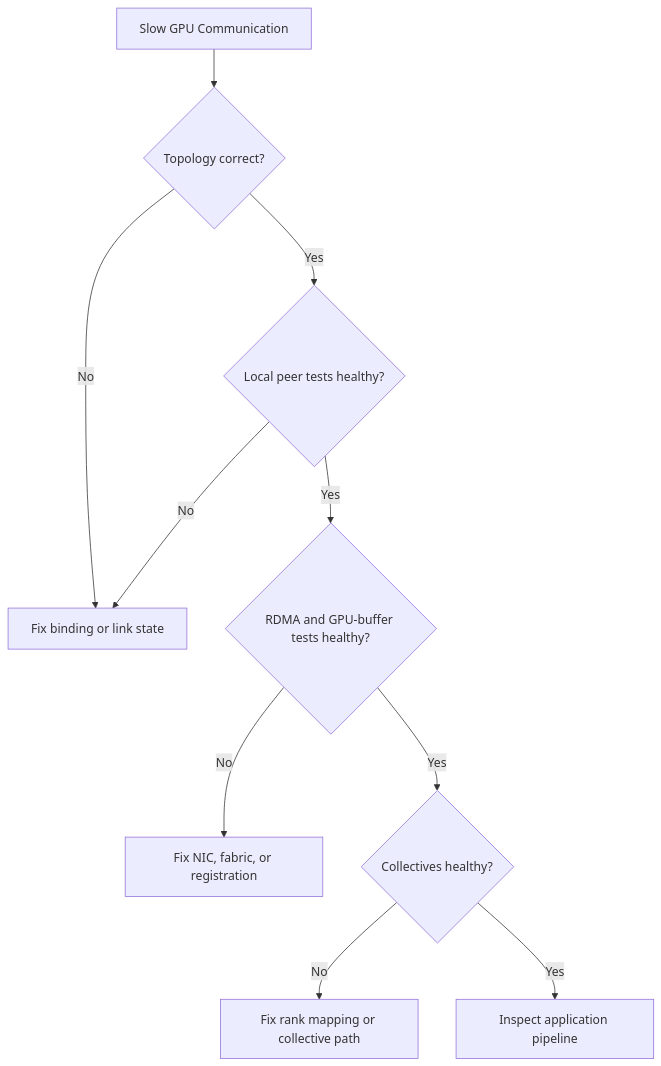
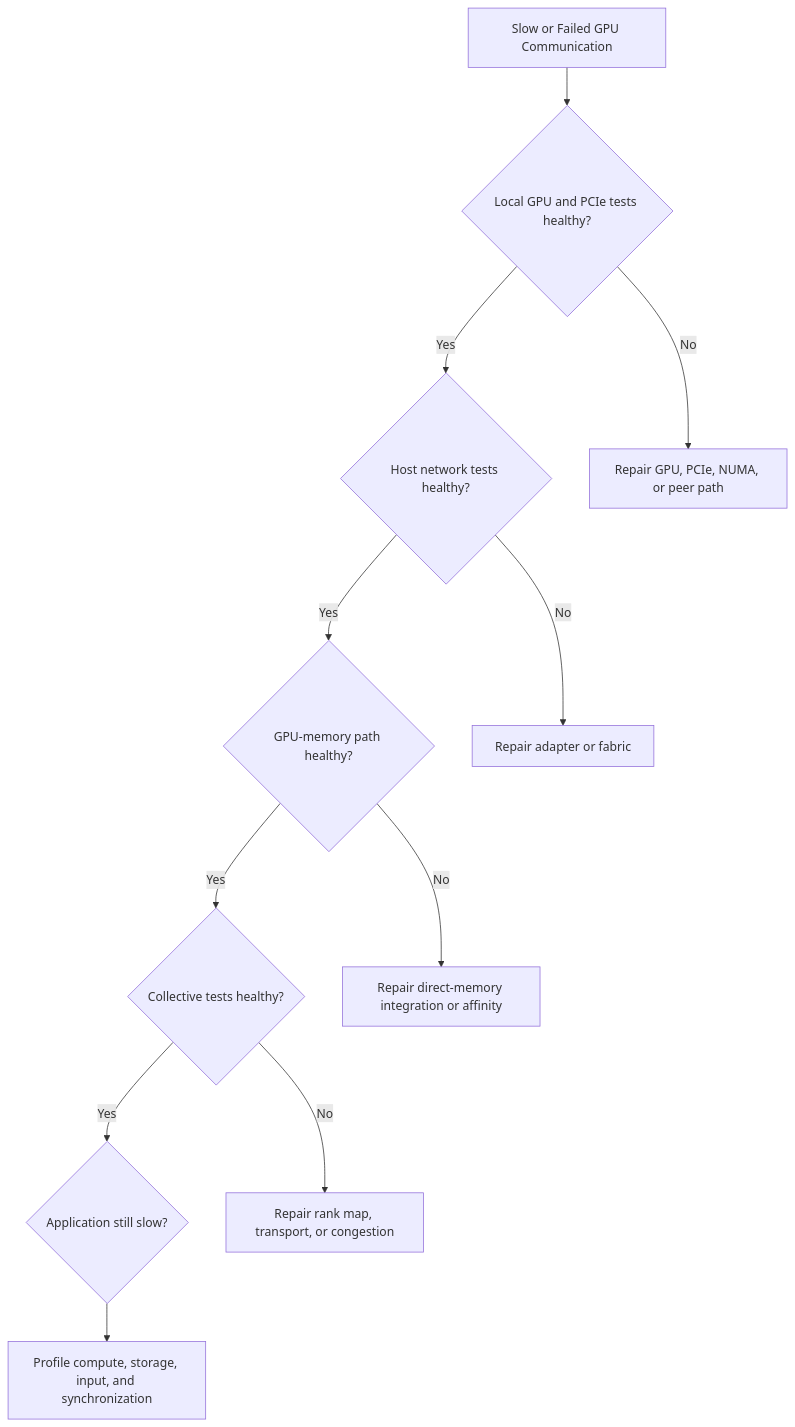
Before and after one commit to jithinpnjm/nvidia-devops: the second of 2 diagrams in docs/nvidia-zero-to-hero/volume-07/chapter-12-volume-07-summary.md, drawn with Mermaid. The commit also changed other lines of this file and 7 other files, not shown here.

````diff
--- a/docs/nvidia-zero-to-hero/volume-07/chapter-12-volume-07-summary.md
+++ b/docs/nvidia-zero-to-hero/volume-07/chapter-12-volume-07-summary.md
@@ -57,22 +196,20 @@
 ```mermaid
 flowchart TD
-    Slow[Slow GPU Communication]
-    Topo{Topology correct?}
-    Local{Local peer tests healthy?}
-    RDMA{RDMA and GPU-buffer tests healthy?}
-    Coll{Collectives healthy?}
-    App[Inspect application pipeline]
-    FixTopo[Fix binding or link state]
-    FixRDMA[Fix NIC, fabric, or registration]
-    FixColl[Fix rank mapping or collective path]
+    Symptom[Slow or Failed GPU Communication]
+    Local{Local GPU and PCIe tests healthy?}
+    Host{Host network tests healthy?}
+    Direct{GPU-memory path healthy?}
+    Collective{Collective tests healthy?}
+    App{Application still slow?}
 
-    Slow --> Topo
-    Topo -- No --> FixTopo
-    Topo -- Yes --> Local
-    Local -- No --> FixTopo
-    Local -- Yes --> RDMA
-    RDMA -- No --> FixRDMA
-    RDMA -- Yes --> Coll
-    Coll -- No --> FixColl
-    Coll -- Yes --> App
+    Symptom --> Local
+    Local -->|No| FixLocal[Repair GPU, PCIe, NUMA, or peer path]
+    Local -->|Yes| Host
+    Host -->|No| FixFabric[Repair adapter or fabric]
+    Host -->|Yes| Direct
+    Direct -->|No| FixDirect[Repair direct-memory integration or affinity]
+    Direct -->|Yes| Collective
+    Collective -->|No| FixCollective[Repair rank map, transport, or congestion]
+    Collective -->|Yes| App
+    App --> FixPipeline[Profile compute, storage, input, and synchronization]
 ```
````
